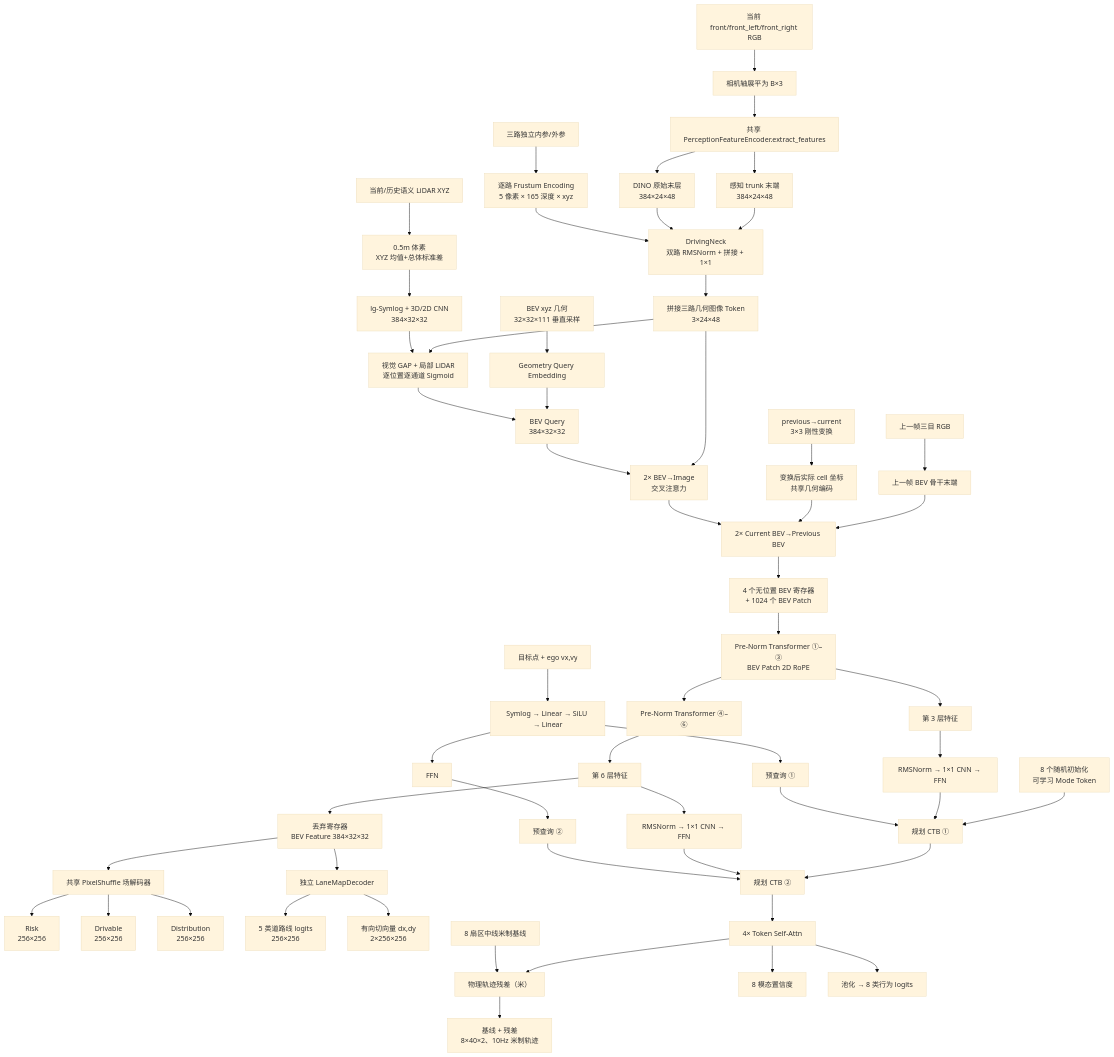
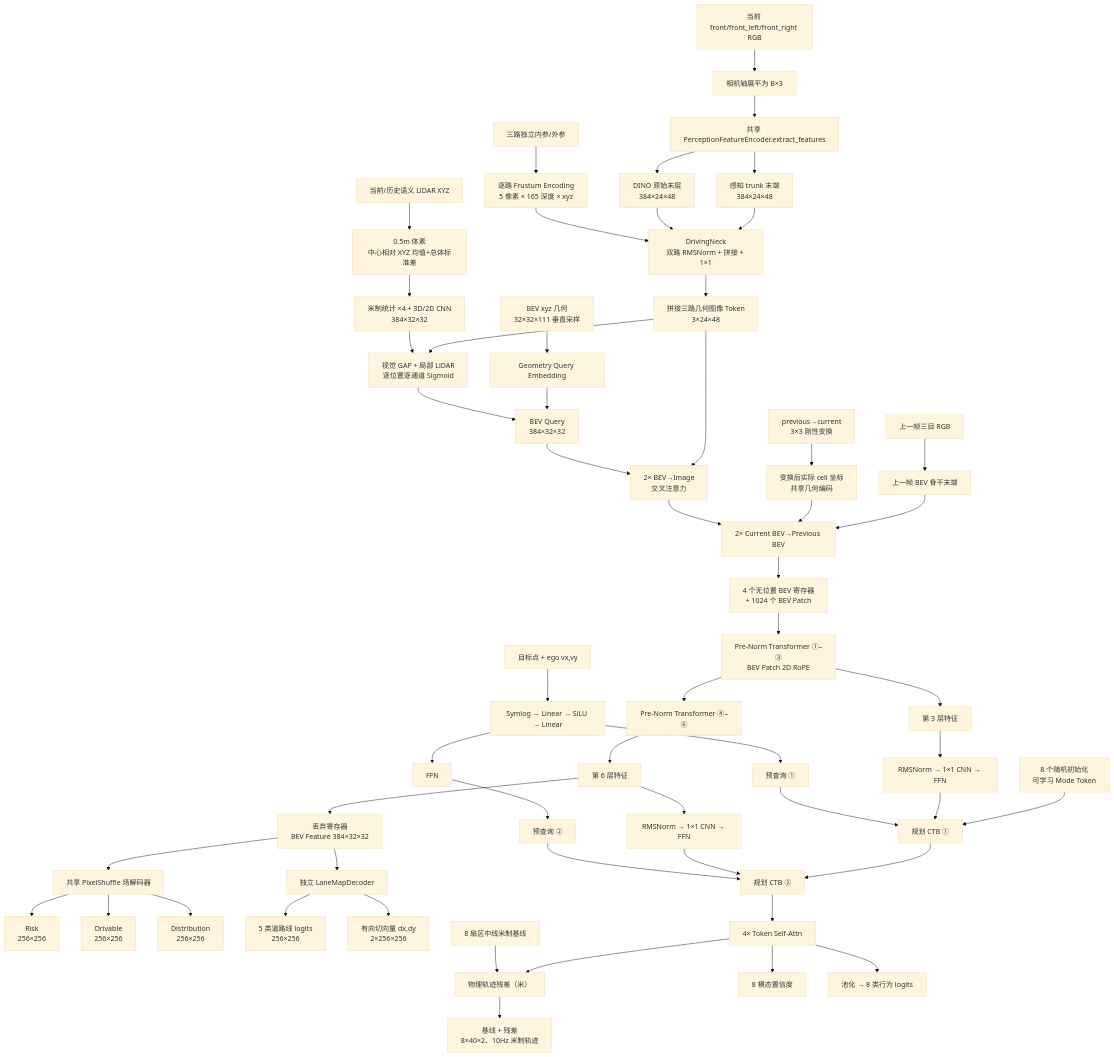
Before and after one commit to ByteDriveTeam/ByteDrive-Toy: the fourth of 9 diagrams in README.md, drawn with Mermaid (base theme). The commit also changed other lines of this file and 11 other files, not shown here.

````diff
--- a/README.md
+++ b/README.md
@@ -305,58 +305,58 @@
 ```mermaid
 flowchart TB
     RGB["当前 front/front_left/front_right RGB"] --> FLAT["相机轴展平为 B×3"]
     FLAT --> P["共享 PerceptionFeatureEncoder.extract_features"]
     P --> T["感知 trunk 末端<br/>384×24×48"]
     P --> R["DINO 原始末层<br/>384×24×48"]
 
     T --> NECK["DrivingNeck<br/>双路 RMSNorm + 拼接 + 1×1"]
     R --> NECK
     CALIB["三路独立内参/外参"] --> FR["逐路 Frustum Encoding<br/>5 像素 × 165 深度 × xyz"]
     FR --> NECK
     NECK --> IMG["拼接三路几何图像 Token<br/>3×24×48"]
 
     GRID["BEV xyz 几何<br/>32×32×111 垂直采样"] --> QUERY["Geometry Query Embedding"]
     QUERY --> BEVQ["BEV Query<br/>384×32×32"]
-    LIDAR["当前/历史语义 LiDAR XYZ"] --> VOXEL["0.5m 体素<br/>XYZ 均值+总体标准差"]
-    VOXEL --> LENC["lg-Symlog + 3D/2D CNN<br/>384×32×32"]
+    LIDAR["当前/历史语义 LiDAR XYZ"] --> VOXEL["0.5m 体素<br/>中心相对 XYZ 均值+总体标准差"]
+    VOXEL --> LENC["米制统计 ×4 + 3D/2D CNN<br/>384×32×32"]
     IMG --> GATE["视觉 GAP + 局部 LiDAR<br/>逐位置逐通道 Sigmoid"]
     LENC --> GATE
     GATE --> BEVQ
     IMG --> CROSS["2× BEV→Image<br/>交叉注意力"]
     BEVQ --> CROSS
     PRGB["上一帧三目 RGB"] --> PBEV["上一帧 BEV 骨干末端"]
     TF["previous→current<br/>3×3 刚性变换"] --> PGEOM["变换后实际 cell 坐标<br/>共享几何编码"]
     PBEV --> TCROSS["2× Current BEV→Previous BEV"]
     PGEOM --> TCROSS
     CROSS --> TCROSS --> SEQ["4 个无位置 BEV 寄存器<br/>+ 1024 个 BEV Patch"]
     SEQ --> TRANS3["Pre-Norm Transformer ①–③<br/>BEV Patch 2D RoPE"]
     TRANS3 --> F3["第 3 层特征"]
     TRANS3 --> TRANS6["Pre-Norm Transformer ④–⑥"]
     TRANS6 --> F6["第 6 层特征"]
     F6 --> BEV["丢弃寄存器<br/>BEV Feature 384×32×32"]
 
     BEV --> FIELD["共享 PixelShuffle 场解码器"]
     FIELD --> RISK["Risk<br/>256×256"]
     FIELD --> DRIVE["Drivable<br/>256×256"]
     FIELD --> DIST["Distribution<br/>256×256"]
 
     BEV --> LANE["独立 LaneMapDecoder"]
     LANE --> LCLS["5 类道路线 logits<br/>256×256"]
     LANE --> LDIR["有向切向量 dx,dy<br/>2×256×256"]
 
     COND["目标点 + ego vx,vy"] --> SYM["Symlog → Linear → SiLU → Linear"]
     SYM --> Q1["预查询 ①"]
     SYM --> PPN["FFN"] --> Q2["预查询 ②"]
     MODE["8 个随机初始化<br/>可学习 Mode Token"] --> CTB1["规划 CTB ①"]
     F3 --> A1["RMSNorm → 1×1 CNN → FFN"] --> CTB1
     Q1 --> CTB1
     CTB1 --> CTB2["规划 CTB ②"]
     F6 --> A2["RMSNorm → 1×1 CNN → FFN"] --> CTB2
     Q2 --> CTB2
     CTB2 --> PTB["4× Token Self-Attn"]
     PTB --> RES["物理轨迹残差（米）"]
     BASE["8 扇区中线米制基线"] --> RES
     RES --> TRAJ["基线 + 残差<br/>8×40×2、10Hz 米制轨迹"]
     PTB --> CONF["8 模态置信度"]
     PTB --> ACT["池化 → 8 类行为 logits"]
 ```
````
